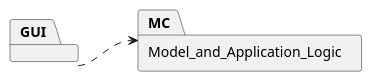
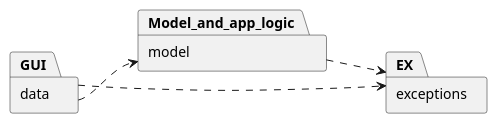
Before and after one commit to zitabou/EZShop: the first of 16 diagrams in Deliverables/DesignDocument.md, drawn with PlantUML. The commit also changed other lines of this file, not shown here.

Commit message:
package diagrams: added exceptions class diagram: made interfaces and abs classes, added storage on DB

````diff
--- a/Deliverables/DesignDocument.md
+++ b/Deliverables/DesignDocument.md
@@ -28,7 +28,10 @@
 ```plantuml
 @startuml
 left to right direction
-package GUI
-package Model_and_Application_Logic as MC
-GUI ..> MC
+package data as GUI
+package model as Model_and_app_logic
+package exceptions as EX
+GUI ..> Model_and_app_logic
+GUI ..> EX
+Model_and_app_logic ..> EX
 ```
````
